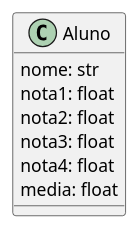
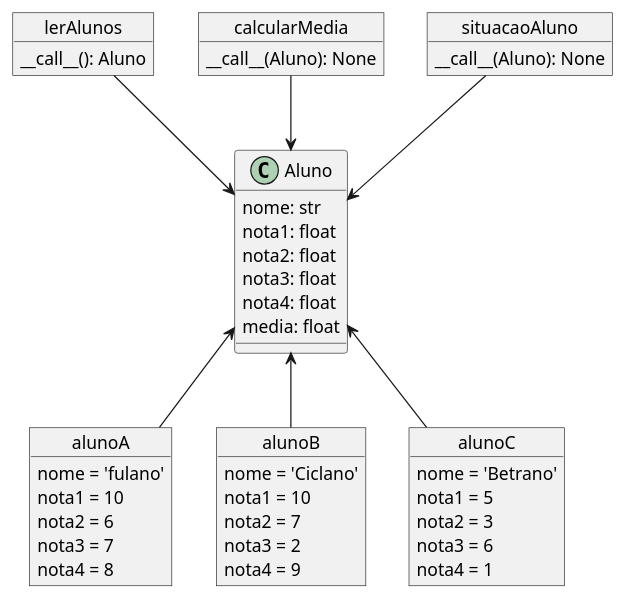
Before and after one commit to kauaDaviAmaro/engenharia-uml: the diagram in exercicio_02/classes.puml, drawn with PlantUML. The commit also changed 1 other file, not shown here.

```diff
--- a/exercicio_02/classes.puml
+++ b/exercicio_02/classes.puml
@@ -1,10 +1,54 @@
 @startuml classe
 class Aluno {
   nome: str
   nota1: float
   nota2: float
   nota3: float
   nota4: float
   media: float
 }
+
+object lerAlunos{
+  __call__(): Aluno
+}
+
+object calcularMedia{
+  __call__(Aluno): None
+}
+
+object situacaoAluno{
+  __call__(Aluno): None
+}
+
+object alunoA{
+  nome = 'fulano'
+  nota1 = 10
+  nota2 = 6
+  nota3 = 7
+  nota4 = 8
+}
+
+object alunoB{
+  nome = 'Ciclano'
+  nota1 = 10
+  nota2 = 7
+  nota3 = 2
+  nota4 = 9
+}
+
+object alunoC{
+  nome = 'Betrano'
+  nota1 = 5
+  nota2 = 3
+  nota3 = 6
+  nota4 = 1
+}
+
+lerAlunos --> Aluno
+calcularMedia --> Aluno
+situacaoAluno --> Aluno
+
+Aluno <-- alunoA
+Aluno <-- alunoB
+Aluno <-- alunoC
 @end
```
